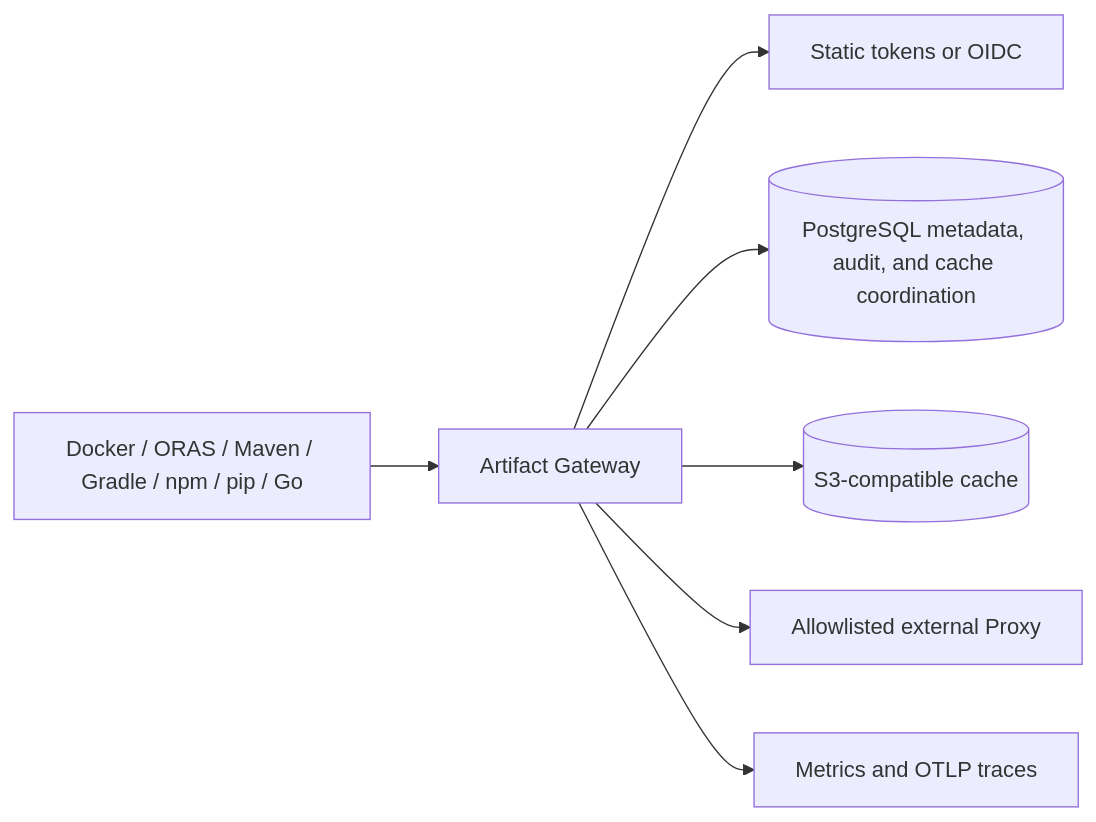
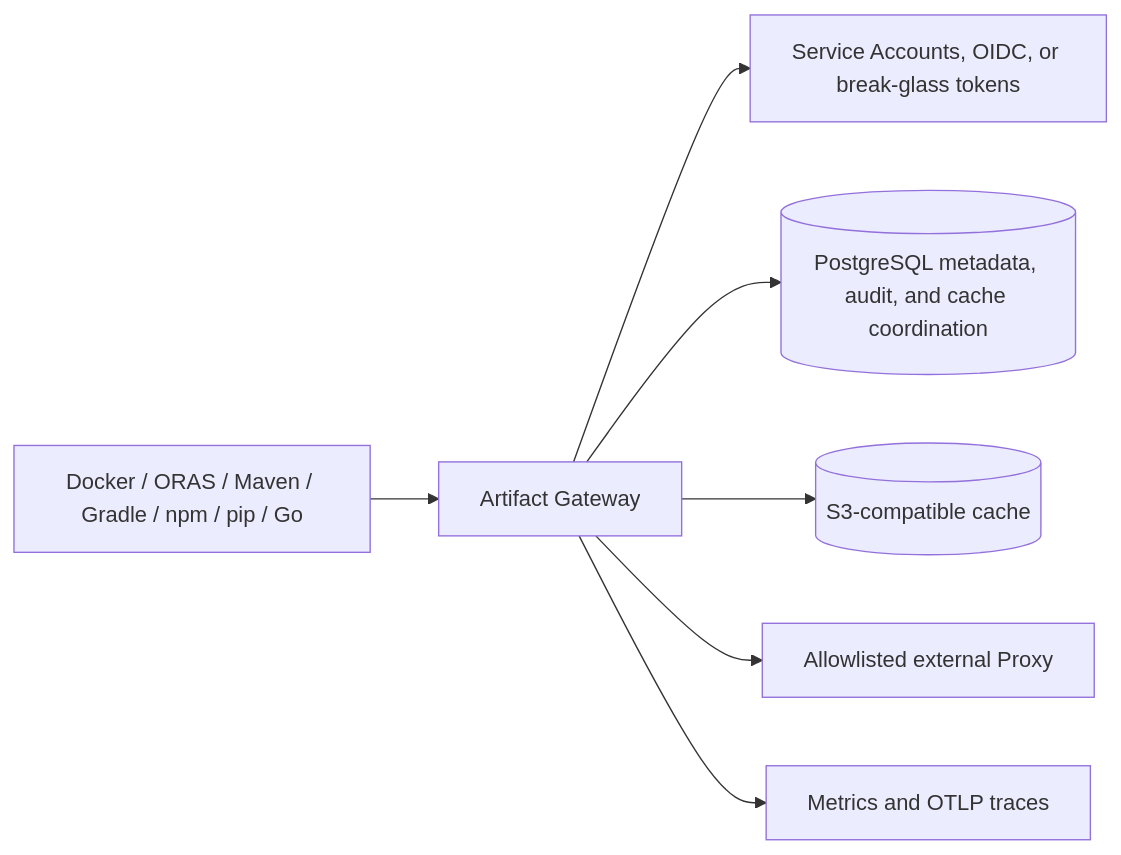
Before and after one commit to ccsert/artifact-gateway: the diagram in docs/release-readiness.md, drawn with Mermaid. The commit also changed other lines of this file and 65 other files, not shown here.

Commit message:
feat(auth): add service accounts and public catalog

````diff
--- a/docs/release-readiness.md
+++ b/docs/release-readiness.md
@@ -187,9 +193,9 @@
 ```mermaid
 flowchart LR
   clients[Docker / ORAS / Maven / Gradle / npm / pip / Go] --> gateway[Artifact Gateway]
-  gateway --> auth[Static tokens or OIDC]
+  gateway --> auth[Service Accounts, OIDC, or break-glass tokens]
   gateway --> postgres[(PostgreSQL metadata, audit, and cache coordination)]
   gateway --> cache[(S3-compatible cache)]
   gateway --> proxy[Allowlisted external Proxy]
   gateway --> telemetry[Metrics and OTLP traces]
 ```
````
